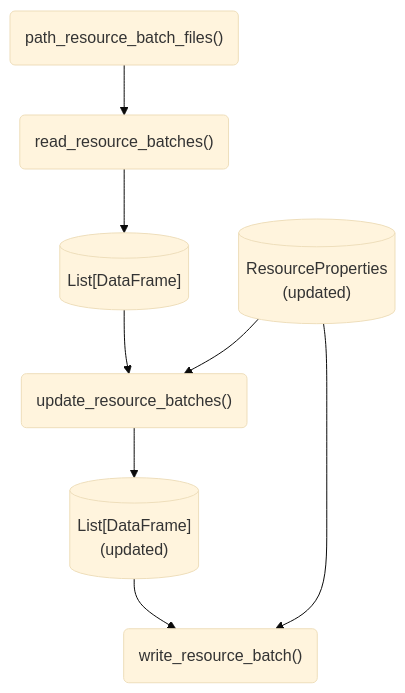
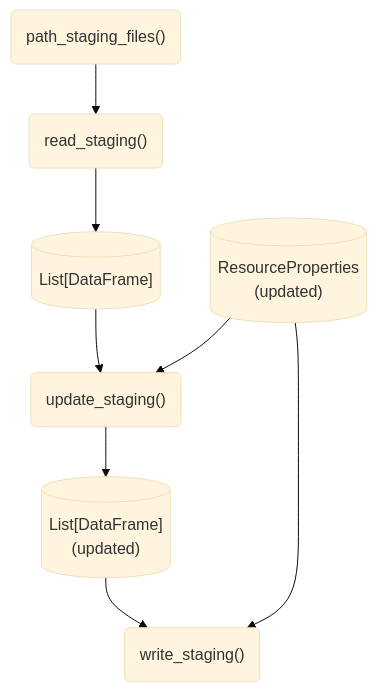
Before and after one commit to seedcase-project/seedcase-sprout: the sixth of 7 diagrams in docs/design/interface/flows.qmd, drawn with Mermaid (base theme). The commit also changed other lines of this file and 18 other files, not shown here.

Commit message:
refactor: 🚚 rename from batches to staging

````diff
--- a/docs/design/interface/flows.qmd
+++ b/docs/design/interface/flows.qmd
@@ -217,24 +216,24 @@
 ```{mermaid}
 %%| label: fig-flow-modify-data-types
 %%| fig-cap: >-
 %%|   Diagram showing the flow of objects and functions to modify data types or
 %%|   table schema.
 %%| fig-alt: "A flow diagram showing the steps to modify data types or table schema."
 
 flowchart
-    path_resource_batch_files("path_resource_batch_files()")
-    read_resource_batches("read_resource_batches()")
+    path_staging_files("path_staging_files()")
+    read_staging("read_staging()")
     properties_updated[("ResourceProperties<br>(updated)")]
     list_data[("List[DataFrame]")]
     list_data_updated[("List[DataFrame]<br>(updated)")]
-    update_resource_batches("update_resource_batches()")
-    write_resource_batch("write_resource_batch()")
+    update_staging("update_staging()")
+    write_staging("write_staging()")
 
-    path_resource_batch_files --> read_resource_batches
-    read_resource_batches --> list_data
-    list_data --> update_resource_batches
-    properties_updated --> update_resource_batches
-    update_resource_batches --> list_data_updated
-    list_data_updated --> write_resource_batch
-    properties_updated --> write_resource_batch
+    path_staging_files --> read_staging
+    read_staging --> list_data
+    list_data --> update_staging
+    properties_updated --> update_staging
+    update_staging --> list_data_updated
+    list_data_updated --> write_staging
+    properties_updated --> write_staging
 ```
````
